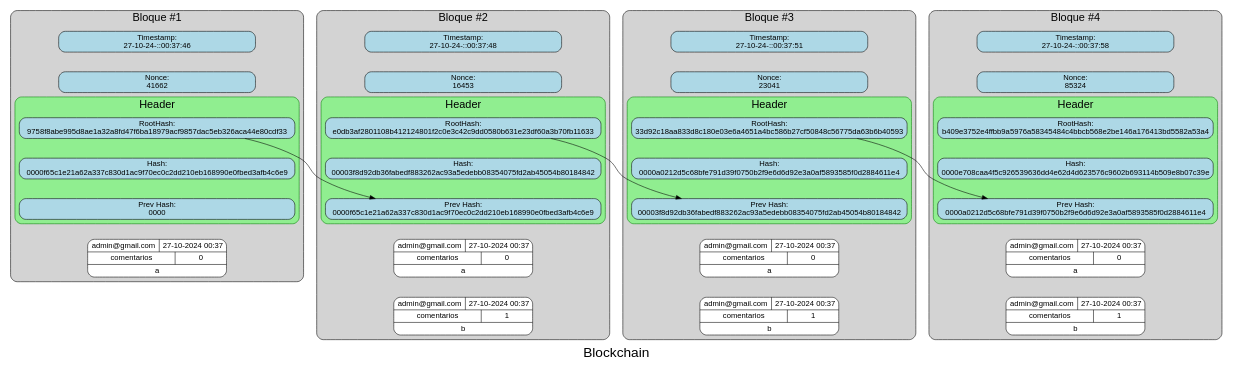
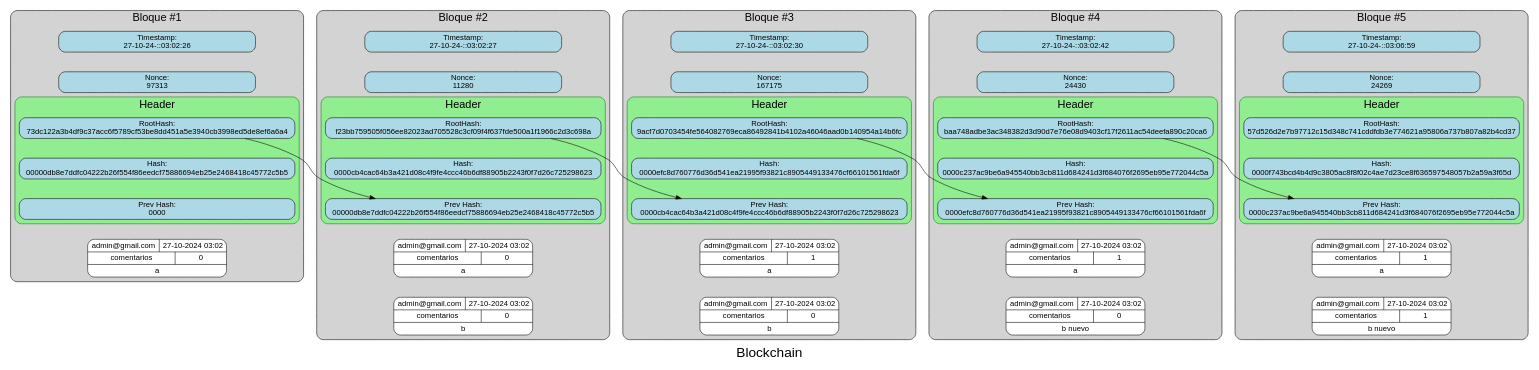
The diagram in Fase3/build/Desktop_Qt_6_7_2_MinGW_64_bit-Debug/renders/blockchain.dot (D3r3-k/-EDD-Proyecto_202001151), drawn with Graphviz before and after one commit. The commit also changed 33 other files, not shown here.

```diff
--- a/Fase3/build/Desktop_Qt_6_7_2_MinGW_64_bit-Debug/renders/blockchain.dot
+++ b/Fase3/build/Desktop_Qt_6_7_2_MinGW_64_bit-Debug/renders/blockchain.dot
@@ -1,118 +1,147 @@
 digraph G {
 label="Blockchain"; fontsize=25; fontname="Arial";
 subgraph cluster_block1 {
 label="Bloque #1";
 fontname="Arial";fontsize=20;style=rounded;
 color=black;
 bgcolor=lightgray;
 edge [style=invis];
 timestamp1[label="Timestamp: 
-27-10-24-::00:37:46";fontname="Arial"; shape=box;style="rounded, filled";fillcolor=lightblue;width=5;]
+27-10-24-::03:02:26";fontname="Arial"; shape=box;style="rounded, filled";fillcolor=lightblue;width=5;]
 nonce1[label="Nonce: 
-41662";fontname="Arial";shape=box;style="rounded, filled";fillcolor=lightblue;width=5;]
+97313";fontname="Arial";shape=box;style="rounded, filled";fillcolor=lightblue;width=5;]
 timestamp1 -> nonce1 -> root1
 subgraph cluster_header1 {
 label="Header";
 fontname="Arial";fontsize=20;style=rounded;
 color=green;
 bgcolor=lightgreen;
 root1[label="RootHash: 
-9758f8abe995d8ae1a32a8fd47f6ba18979acf9857dac5eb326aca44e80cdf33";fontname="Arial";shape=box;style="rounded, filled";fillcolor=lightblue;width=7;]
+73dc122a3b4df9c37acc6f5789cf53be8dd451a5e3940cb3998ed5de8ef6a6a4";fontname="Arial";shape=box;style="rounded, filled";fillcolor=lightblue;width=7;]
 hash1[label="Hash: 
-0000f65c1e21a62a337c830d1ac9f70ec0c2dd210eb168990e0fbed3afb4c6e9";fontname="Arial";shape=box;style="rounded, filled";fillcolor=lightblue;width=7;]
+00000db8e7ddfc04222b26f554f86eedcf75886694eb25e2468418c45772c5b5";fontname="Arial";shape=box;style="rounded, filled";fillcolor=lightblue;width=7;]
 prev1[label="Prev Hash: 
 0000";fontname="Arial";shape=box;style="rounded, filled";fillcolor=lightblue;width=7;]
 root1 -> hash1 -> prev1
 }
-transac1_0[label="{{admin@gmail.com|27-10-2024 00:37}|{comentarios | 0}|a}";shape=record;fontname="Arial";style="rounded, filled";fillcolor=white;]
+transac1_0[label="{{admin@gmail.com|27-10-2024 03:02}|{comentarios | 0}|a}";shape=record;fontname="Arial";style="rounded, filled";fillcolor=white;]
 prev1-> transac1_0
 }
 subgraph cluster_block2 {
 label="Bloque #2";
 fontname="Arial";fontsize=20;style=rounded;
 color=black;
 bgcolor=lightgray;
 edge [style=invis];
 timestamp2[label="Timestamp: 
-27-10-24-::00:37:48";fontname="Arial"; shape=box;style="rounded, filled";fillcolor=lightblue;width=5;]
+27-10-24-::03:02:27";fontname="Arial"; shape=box;style="rounded, filled";fillcolor=lightblue;width=5;]
 nonce2[label="Nonce: 
-16453";fontname="Arial";shape=box;style="rounded, filled";fillcolor=lightblue;width=5;]
+11280";fontname="Arial";shape=box;style="rounded, filled";fillcolor=lightblue;width=5;]
 timestamp2 -> nonce2 -> root2
 subgraph cluster_header2 {
 label="Header";
 fontname="Arial";fontsize=20;style=rounded;
 color=green;
 bgcolor=lightgreen;
 root2[label="RootHash: 
-e0db3af2801108b412124801f2c0e3c42c9dd0580b631e23df60a3b70fb11633";fontname="Arial";shape=box;style="rounded, filled";fillcolor=lightblue;width=7;]
+f23bb759505f056ee82023ad705528c3cf09f4f637fde500a1f1966c2d3c698a";fontname="Arial";shape=box;style="rounded, filled";fillcolor=lightblue;width=7;]
 hash2[label="Hash: 
-00003f8d92db36fabedf883262ac93a5edebb08354075fd2ab45054b80184842";fontname="Arial";shape=box;style="rounded, filled";fillcolor=lightblue;width=7;]
+0000cb4cac64b3a421d08c4f9fe4ccc46b6df88905b2243f0f7d26c725298623";fontname="Arial";shape=box;style="rounded, filled";fillcolor=lightblue;width=7;]
 prev2[label="Prev Hash: 
-0000f65c1e21a62a337c830d1ac9f70ec0c2dd210eb168990e0fbed3afb4c6e9";fontname="Arial";shape=box;style="rounded, filled";fillcolor=lightblue;width=7;]
+00000db8e7ddfc04222b26f554f86eedcf75886694eb25e2468418c45772c5b5";fontname="Arial";shape=box;style="rounded, filled";fillcolor=lightblue;width=7;]
 root2 -> hash2 -> prev2
 }
-transac2_0[label="{{admin@gmail.com|27-10-2024 00:37}|{comentarios | 0}|a}";shape=record;fontname="Arial";style="rounded, filled";fillcolor=white;]
-transac2_1[label="{{admin@gmail.com|27-10-2024 00:37}|{comentarios | 1}|b}";shape=record;fontname="Arial";style="rounded, filled";fillcolor=white;]
+transac2_0[label="{{admin@gmail.com|27-10-2024 03:02}|{comentarios | 0}|a}";shape=record;fontname="Arial";style="rounded, filled";fillcolor=white;]
+transac2_1[label="{{admin@gmail.com|27-10-2024 03:02}|{comentarios | 0}|b}";shape=record;fontname="Arial";style="rounded, filled";fillcolor=white;]
 prev2-> transac2_0-> transac2_1
 }
 subgraph cluster_block3 {
 label="Bloque #3";
 fontname="Arial";fontsize=20;style=rounded;
 color=black;
 bgcolor=lightgray;
 edge [style=invis];
 timestamp3[label="Timestamp: 
-27-10-24-::00:37:51";fontname="Arial"; shape=box;style="rounded, filled";fillcolor=lightblue;width=5;]
+27-10-24-::03:02:30";fontname="Arial"; shape=box;style="rounded, filled";fillcolor=lightblue;width=5;]
 nonce3[label="Nonce: 
-23041";fontname="Arial";shape=box;style="rounded, filled";fillcolor=lightblue;width=5;]
+167175";fontname="Arial";shape=box;style="rounded, filled";fillcolor=lightblue;width=5;]
 timestamp3 -> nonce3 -> root3
 subgraph cluster_header3 {
 label="Header";
 fontname="Arial";fontsize=20;style=rounded;
 color=green;
 bgcolor=lightgreen;
 root3[label="RootHash: 
-33d92c18aa833d8c180e03e6a4651a4bc586b27cf50848c56775da63b6b40593";fontname="Arial";shape=box;style="rounded, filled";fillcolor=lightblue;width=7;]
+9acf7d0703454fe564082769eca86492841b4102a46046aad0b140954a14b6fc";fontname="Arial";shape=box;style="rounded, filled";fillcolor=lightblue;width=7;]
 hash3[label="Hash: 
-0000a0212d5c68bfe791d39f0750b2f9e6d6d92e3a0af5893585f0d2884611e4";fontname="Arial";shape=box;style="rounded, filled";fillcolor=lightblue;width=7;]
+0000efc8d760776d36d541ea21995f93821c8905449133476cf66101561fda6f";fontname="Arial";shape=box;style="rounded, filled";fillcolor=lightblue;width=7;]
 prev3[label="Prev Hash: 
-00003f8d92db36fabedf883262ac93a5edebb08354075fd2ab45054b80184842";fontname="Arial";shape=box;style="rounded, filled";fillcolor=lightblue;width=7;]
+0000cb4cac64b3a421d08c4f9fe4ccc46b6df88905b2243f0f7d26c725298623";fontname="Arial";shape=box;style="rounded, filled";fillcolor=lightblue;width=7;]
 root3 -> hash3 -> prev3
 }
-transac3_0[label="{{admin@gmail.com|27-10-2024 00:37}|{comentarios | 0}|a}";shape=record;fontname="Arial";style="rounded, filled";fillcolor=white;]
-transac3_1[label="{{admin@gmail.com|27-10-2024 00:37}|{comentarios | 1}|b}";shape=record;fontname="Arial";style="rounded, filled";fillcolor=white;]
+transac3_0[label="{{admin@gmail.com|27-10-2024 03:02}|{comentarios | 1}|a}";shape=record;fontname="Arial";style="rounded, filled";fillcolor=white;]
+transac3_1[label="{{admin@gmail.com|27-10-2024 03:02}|{comentarios | 0}|b}";shape=record;fontname="Arial";style="rounded, filled";fillcolor=white;]
 prev3-> transac3_0-> transac3_1
 }
 subgraph cluster_block4 {
 label="Bloque #4";
 fontname="Arial";fontsize=20;style=rounded;
 color=black;
 bgcolor=lightgray;
 edge [style=invis];
 timestamp4[label="Timestamp: 
-27-10-24-::00:37:58";fontname="Arial"; shape=box;style="rounded, filled";fillcolor=lightblue;width=5;]
+27-10-24-::03:02:42";fontname="Arial"; shape=box;style="rounded, filled";fillcolor=lightblue;width=5;]
 nonce4[label="Nonce: 
-85324";fontname="Arial";shape=box;style="rounded, filled";fillcolor=lightblue;width=5;]
+24430";fontname="Arial";shape=box;style="rounded, filled";fillcolor=lightblue;width=5;]
 timestamp4 -> nonce4 -> root4
 subgraph cluster_header4 {
 label="Header";
 fontname="Arial";fontsize=20;style=rounded;
 color=green;
 bgcolor=lightgreen;
 root4[label="RootHash: 
-b409e3752e4ffbb9a5976a58345484c4bbcb568e2be146a176413bd5582a53a4";fontname="Arial";shape=box;style="rounded, filled";fillcolor=lightblue;width=7;]
+baa748adbe3ac348382d3d90d7e76e08d9403cf17f2611ac54deefa890c20ca6";fontname="Arial";shape=box;style="rounded, filled";fillcolor=lightblue;width=7;]
 hash4[label="Hash: 
-0000e708caa4f5c926539636dd4e62d4d623576c9602b693114b509e8b07c39e";fontname="Arial";shape=box;style="rounded, filled";fillcolor=lightblue;width=7;]
+0000c237ac9be6a945540bb3cb811d684241d3f684076f2695eb95e772044c5a";fontname="Arial";shape=box;style="rounded, filled";fillcolor=lightblue;width=7;]
 prev4[label="Prev Hash: 
-0000a0212d5c68bfe791d39f0750b2f9e6d6d92e3a0af5893585f0d2884611e4";fontname="Arial";shape=box;style="rounded, filled";fillcolor=lightblue;width=7;]
+0000efc8d760776d36d541ea21995f93821c8905449133476cf66101561fda6f";fontname="Arial";shape=box;style="rounded, filled";fillcolor=lightblue;width=7;]
 root4 -> hash4 -> prev4
 }
-transac4_0[label="{{admin@gmail.com|27-10-2024 00:37}|{comentarios | 0}|a}";shape=record;fontname="Arial";style="rounded, filled";fillcolor=white;]
-transac4_1[label="{{admin@gmail.com|27-10-2024 00:37}|{comentarios | 1}|b}";shape=record;fontname="Arial";style="rounded, filled";fillcolor=white;]
+transac4_0[label="{{admin@gmail.com|27-10-2024 03:02}|{comentarios | 1}|a}";shape=record;fontname="Arial";style="rounded, filled";fillcolor=white;]
+transac4_1[label="{{admin@gmail.com|27-10-2024 03:02}|{comentarios | 0}|b nuevo}";shape=record;fontname="Arial";style="rounded, filled";fillcolor=white;]
 prev4-> transac4_0-> transac4_1
+}
+subgraph cluster_block5 {
+label="Bloque #5";
+fontname="Arial";fontsize=20;style=rounded;
+color=black;
+bgcolor=lightgray;
+edge [style=invis];
+timestamp5[label="Timestamp: 
+27-10-24-::03:06:59";fontname="Arial"; shape=box;style="rounded, filled";fillcolor=lightblue;width=5;]
+nonce5[label="Nonce: 
+24269";fontname="Arial";shape=box;style="rounded, filled";fillcolor=lightblue;width=5;]
+timestamp5 -> nonce5 -> root5
+subgraph cluster_header5 {
+label="Header";
+fontname="Arial";fontsize=20;style=rounded;
+color=green;
+bgcolor=lightgreen;
+root5[label="RootHash: 
+57d526d2e7b97712c15d348c741cddfdb3e774621a95806a737b807a82b4cd37";fontname="Arial";shape=box;style="rounded, filled";fillcolor=lightblue;width=7;]
+hash5[label="Hash: 
+0000f743bcd4b4d9c3805ac8f8f02c4ae7d23ce8f636597548057b2a59a3f65d";fontname="Arial";shape=box;style="rounded, filled";fillcolor=lightblue;width=7;]
+prev5[label="Prev Hash: 
+0000c237ac9be6a945540bb3cb811d684241d3f684076f2695eb95e772044c5a";fontname="Arial";shape=box;style="rounded, filled";fillcolor=lightblue;width=7;]
+root5 -> hash5 -> prev5
+}
+transac5_0[label="{{admin@gmail.com|27-10-2024 03:02}|{comentarios | 1}|a}";shape=record;fontname="Arial";style="rounded, filled";fillcolor=white;]
+transac5_1[label="{{admin@gmail.com|27-10-2024 03:02}|{comentarios | 1}|b nuevo}";shape=record;fontname="Arial";style="rounded, filled";fillcolor=white;]
+prev5-> transac5_0-> transac5_1
 }
 root1 -> prev2[constraint=false;];
 root2 -> prev3[constraint=false;];
 root3 -> prev4[constraint=false;];
+root4 -> prev5[constraint=false;];
 
 }
```
